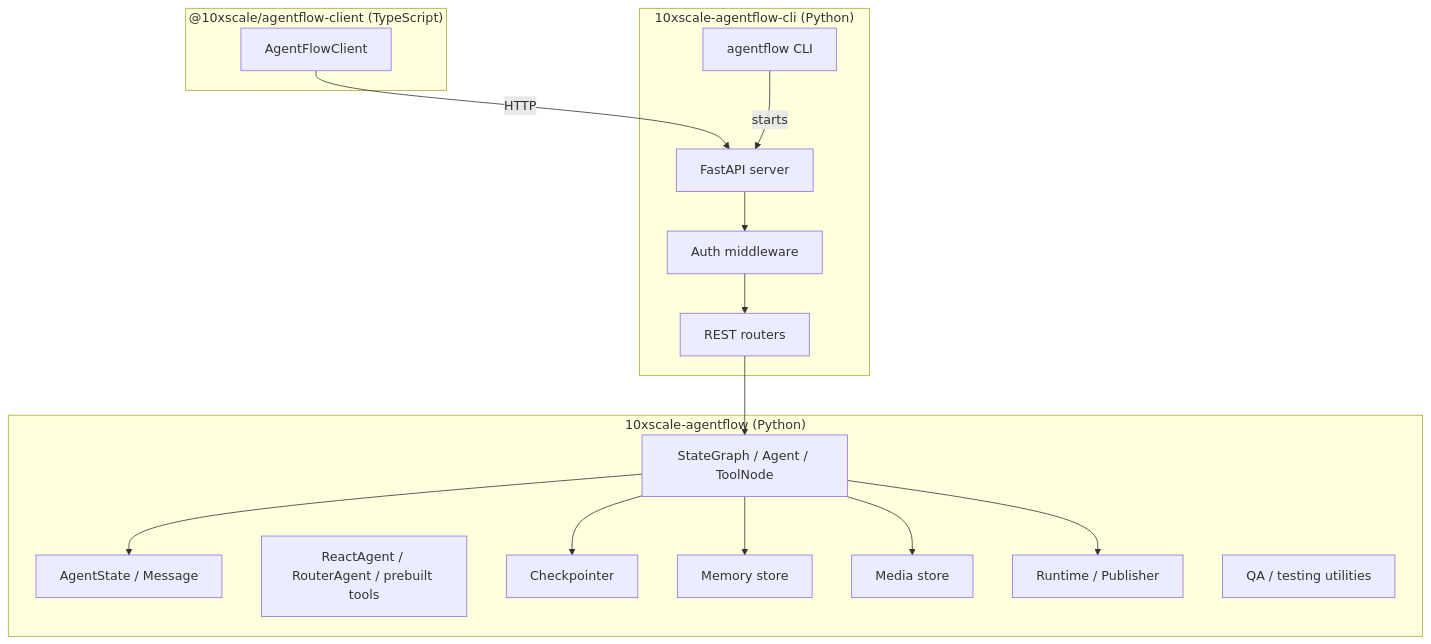
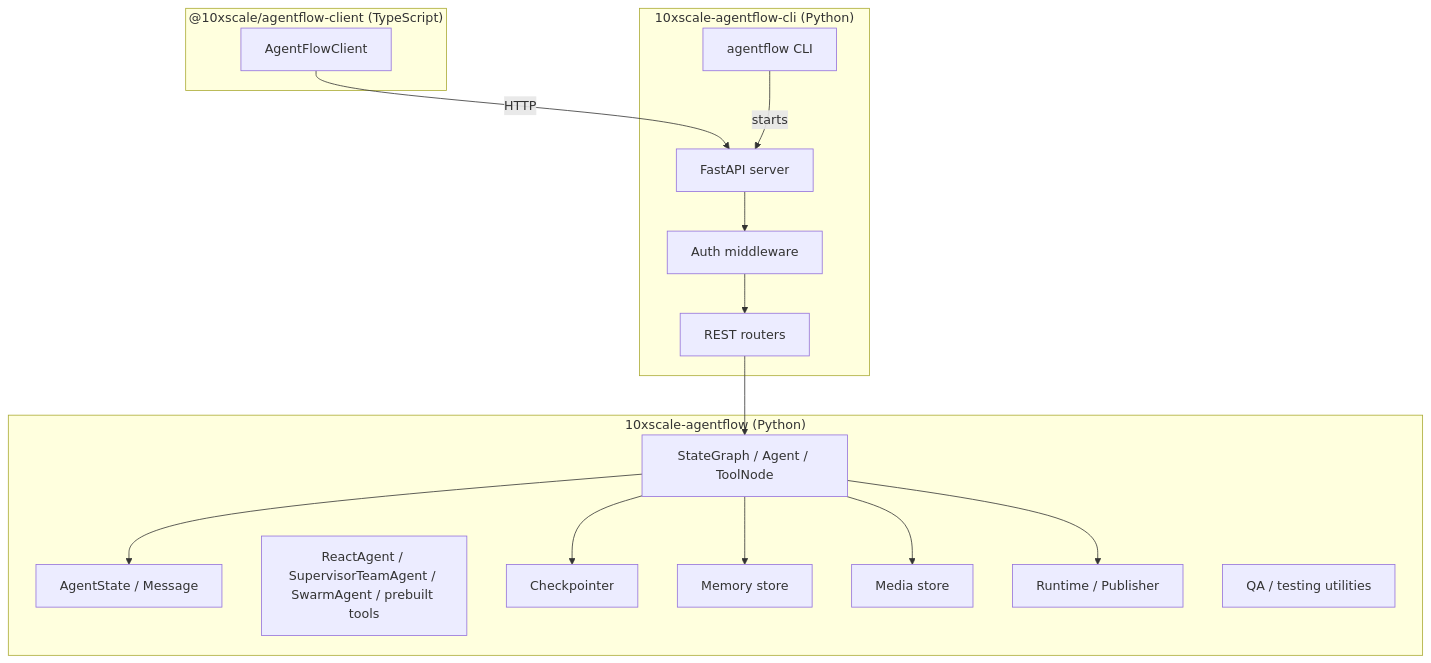
The first of 2 diagrams in docs/concepts/architecture.md (10xHub/agentflow-docs), drawn with Mermaid before and after one commit. The commit also changed other lines of this file and 104 other files, not shown here.

First line of the commit message:
Add documentation for graph control, LLM utilities, evals, and observability REST API endpoints

````diff
--- a/docs/concepts/architecture.md
+++ b/docs/concepts/architecture.md
@@ -22,35 +22,35 @@
 ```mermaid
 flowchart TB
   subgraph Client["@10xscale/agentflow-client (TypeScript)"]
     TS[AgentFlowClient]
   end
 
   subgraph Server["10xscale-agentflow-cli (Python)"]
     CLI[agentflow CLI]
     API[FastAPI server]
     Auth[Auth middleware]
     Routers[REST routers]
   end
 
   subgraph Core["10xscale-agentflow (Python)"]
     Graph[StateGraph / Agent / ToolNode]
     State[AgentState / Message]
-    Prebuilt[ReactAgent / RouterAgent / prebuilt tools]
+    Prebuilt[ReactAgent / SupervisorTeamAgent / SwarmAgent / prebuilt tools]
     Checkpointer[Checkpointer]
     Store[Memory store]
     Media[Media store]
     Runtime[Runtime / Publisher]
     QA[QA / testing utilities]
   end
 
   TS -->|HTTP| API
   CLI -->|starts| API
   API --> Auth
   Auth --> Routers
   Routers --> Graph
   Graph --> State
   Graph --> Checkpointer
   Graph --> Store
   Graph --> Media
   Graph --> Runtime
 ```
````
